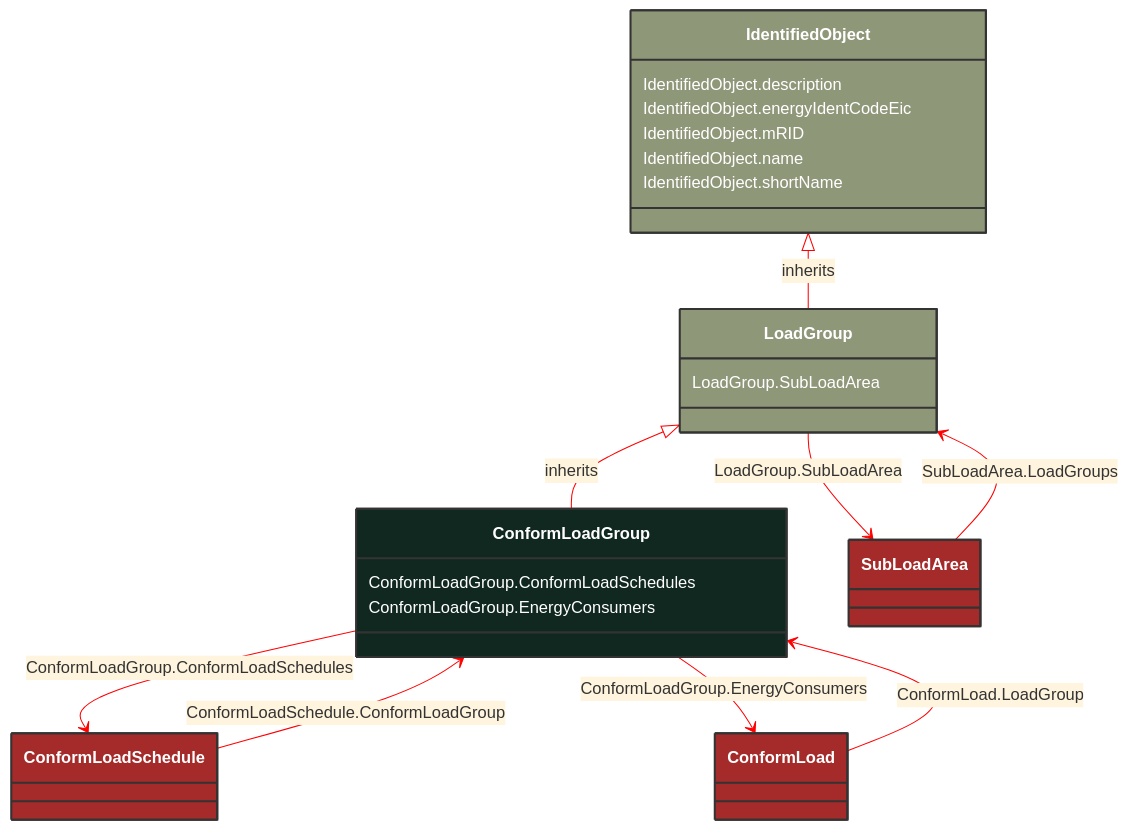
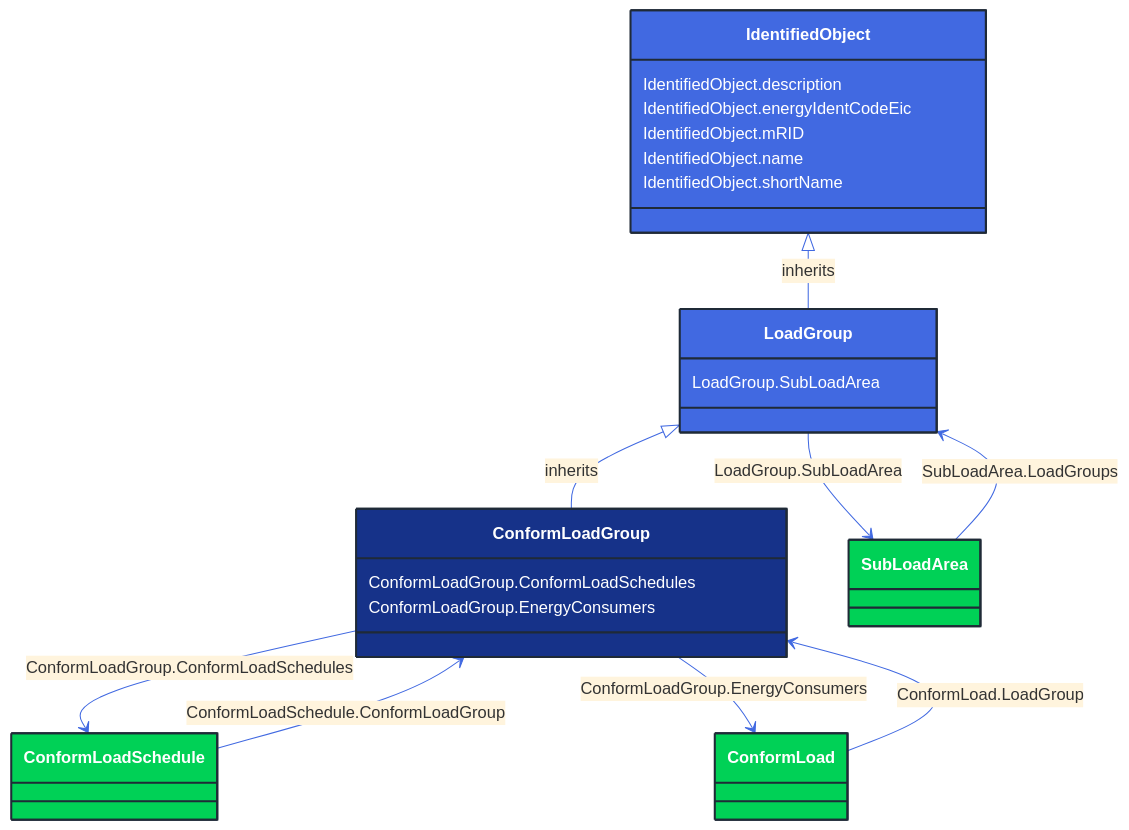
The diagram in docs/Models/Profiles/CoreEquipment/ConcreteClasses/ConformLoadGroup.md (3lbits/NoCIMExtensions), drawn with Mermaid before and after one commit. The commit also changed 362 other files, not shown here.

First line of the commit message:
Update diagrams and styles for improved visual consistency

````diff
--- a/docs/Models/Profiles/CoreEquipment/ConcreteClasses/ConformLoadGroup.md
+++ b/docs/Models/Profiles/CoreEquipment/ConcreteClasses/ConformLoadGroup.md
@@ -8,59 +8,59 @@
 ```mermaid
-%%{init: {'theme':'base','themeVariables': {'lineColor': '#FF0000'}}}%%
+%%{init: {'theme':'base','themeVariables': {'lineColor': '#4169E1'}}}%%
 classDiagram
     class ConformLoadGroup
     click ConformLoadGroup href "/Models/Profiles/CoreEquipment/ConcreteClasses/ConformLoadGroup/"
-    style ConformLoadGroup fill:#102820,stroke:#333,stroke-width:2px,rx:10,ry:10,color:white
+    style ConformLoadGroup fill:#163289,stroke:#1F2A37,stroke-width:2px,rx:10,ry:10,color:white
      
         LoadGroup <|-- ConformLoadGroup : inherits
             click LoadGroup href "/Models/Profiles/CoreEquipment/AbstractClasses/LoadGroup/"
-            style LoadGroup fill:#8F9779,stroke:#333,stroke-width:2px,rx:10,ry:10,color:white
+            style LoadGroup fill:#4169E1,stroke:#1F2A37,stroke-width:2px,rx:10,ry:10,color:white
      
         IdentifiedObject <|-- LoadGroup : inherits
             click IdentifiedObject href "/Models/Profiles/CoreEquipment/AbstractClasses/IdentifiedObject/"
-            style IdentifiedObject fill:#8F9779,stroke:#333,stroke-width:2px,rx:10,ry:10,color:white
+            style IdentifiedObject fill:#4169E1,stroke:#1F2A37,stroke-width:2px,rx:10,ry:10,color:white
 
         ConformLoadGroup --> ConformLoadSchedule : ConformLoadGroup.ConformLoadSchedules
 
         ConformLoadSchedule
             click ConformLoadSchedule href "/Models/Profiles/CoreEquipment/ConcreteClasses/ConformLoadSchedule/"
-            style ConformLoadSchedule fill:#A52A2A,stroke:#333,stroke-width:2px,rx:10,ry:10,color:white
+            style ConformLoadSchedule fill:#00D156,stroke:#1F2A37,stroke-width:2px,rx:10,ry:10,color:white
         ConformLoadGroup --> ConformLoad : ConformLoadGroup.EnergyConsumers
 
         ConformLoad
             click ConformLoad href "/Models/Profiles/CoreEquipment/AbstractClasses/ConformLoad/"
-            style ConformLoad fill:#A52A2A,stroke:#333,stroke-width:2px,rx:10,ry:10,color:white
+            style ConformLoad fill:#00D156,stroke:#1F2A37,stroke-width:2px,rx:10,ry:10,color:white
         LoadGroup --> SubLoadArea : LoadGroup.SubLoadArea
 
         SubLoadArea
             click SubLoadArea href "/Models/Profiles/CoreEquipment/ConcreteClasses/SubLoadArea/"
-            style SubLoadArea fill:#A52A2A,stroke:#333,stroke-width:2px,rx:10,ry:10,color:white
+            style SubLoadArea fill:#00D156,stroke:#1F2A37,stroke-width:2px,rx:10,ry:10,color:white
 
         ConformLoadSchedule --> ConformLoadGroup : ConformLoadSchedule.ConformLoadGroup
 
         ConformLoadSchedule
             click ConformLoadSchedule href "/Models/Profiles/CoreEquipment/ConcreteClasses/ConformLoadSchedule/"
-            style ConformLoadSchedule fill:#A52A2A,stroke:#333,stroke-width:2px,rx:10,ry:10,color:white
+            style ConformLoadSchedule fill:#00D156,stroke:#1F2A37,stroke-width:2px,rx:10,ry:10,color:white
 
         ConformLoad --> ConformLoadGroup : ConformLoad.LoadGroup
 
         ConformLoad
             click ConformLoad href "/Models/Profiles/CoreEquipment/AbstractClasses/ConformLoad/"
-            style ConformLoad fill:#A52A2A,stroke:#333,stroke-width:2px,rx:10,ry:10,color:white
+            style ConformLoad fill:#00D156,stroke:#1F2A37,stroke-width:2px,rx:10,ry:10,color:white
 
         SubLoadArea --> LoadGroup : SubLoadArea.LoadGroups
 
         SubLoadArea
             click SubLoadArea href "/Models/Profiles/CoreEquipment/ConcreteClasses/SubLoadArea/"
-            style SubLoadArea fill:#A52A2A,stroke:#333,stroke-width:2px,rx:10,ry:10,color:white
+            style SubLoadArea fill:#00D156,stroke:#1F2A37,stroke-width:2px,rx:10,ry:10,color:white
 
 
         ConformLoadGroup : ConformLoadGroup.ConformLoadSchedules
         ConformLoadGroup : ConformLoadGroup.EnergyConsumers
         LoadGroup : LoadGroup.SubLoadArea
         IdentifiedObject : IdentifiedObject.description
         IdentifiedObject : IdentifiedObject.energyIdentCodeEic
         IdentifiedObject : IdentifiedObject.mRID
         IdentifiedObject : IdentifiedObject.name
         IdentifiedObject : IdentifiedObject.shortName
 ```
````
